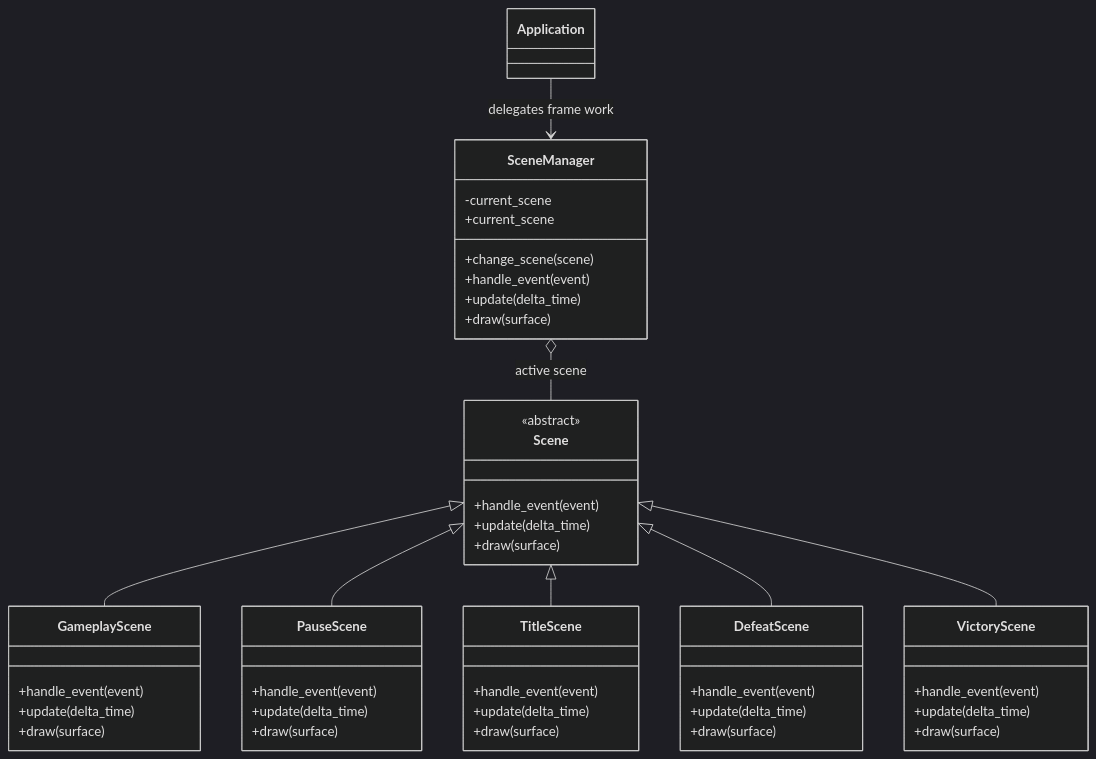
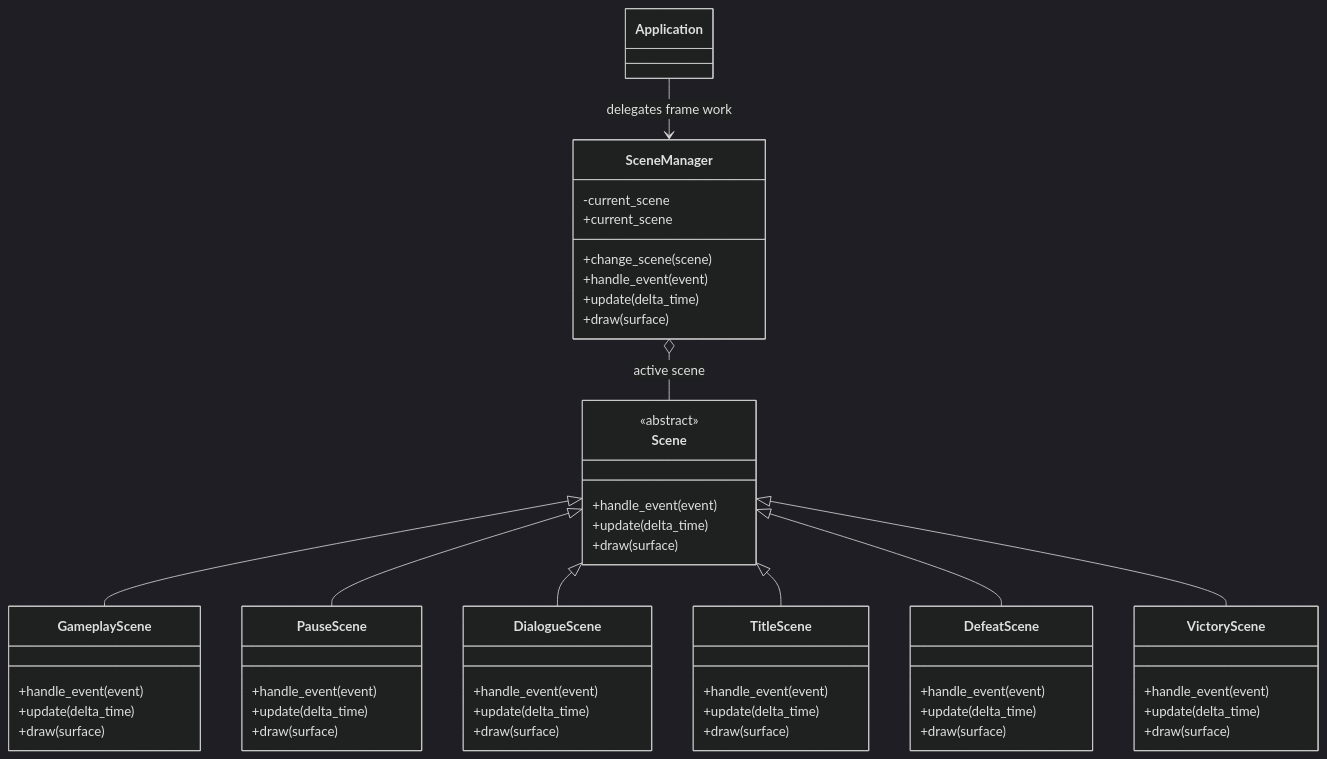
One commit to VincentMardon/my_first_adventure_game changed the diagram in docs/architecture/scenes.md. Above: the diagram before and after it, drawn with Mermaid (dark theme). The commit also changed other lines of this file and 21 other files, not shown here.

Commit message:
feat(interaction): add npc dialogue flow

````diff
--- a/docs/architecture/scenes.md
+++ b/docs/architecture/scenes.md
@@ -76,56 +76,63 @@
 ```mermaid
 classDiagram
     class Scene {
         <<abstract>>
         +handle_event(event)
         +update(delta_time)
         +draw(surface)
     }
 
     class SceneManager {
         -current_scene
         +current_scene
         +change_scene(scene)
         +handle_event(event)
         +update(delta_time)
         +draw(surface)
     }
 
     class GameplayScene {
         +handle_event(event)
         +update(delta_time)
         +draw(surface)
     }
 
     class PauseScene {
         +handle_event(event)
         +update(delta_time)
         +draw(surface)
     }
 
+    class DialogueScene {
+        +handle_event(event)
+        +update(delta_time)
+        +draw(surface)
+    }
+
     class TitleScene {
         +handle_event(event)
         +update(delta_time)
         +draw(surface)
     }
 
     class DefeatScene {
         +handle_event(event)
         +update(delta_time)
         +draw(surface)
     }
 
     class VictoryScene {
         +handle_event(event)
         +update(delta_time)
         +draw(surface)
     }
 
     SceneManager o-- Scene : active scene
     Scene <|-- GameplayScene
     Scene <|-- PauseScene
+    Scene <|-- DialogueScene
     Scene <|-- TitleScene
     Scene <|-- DefeatScene
     Scene <|-- VictoryScene
     Application --> SceneManager : delegates frame work
 ```
````
